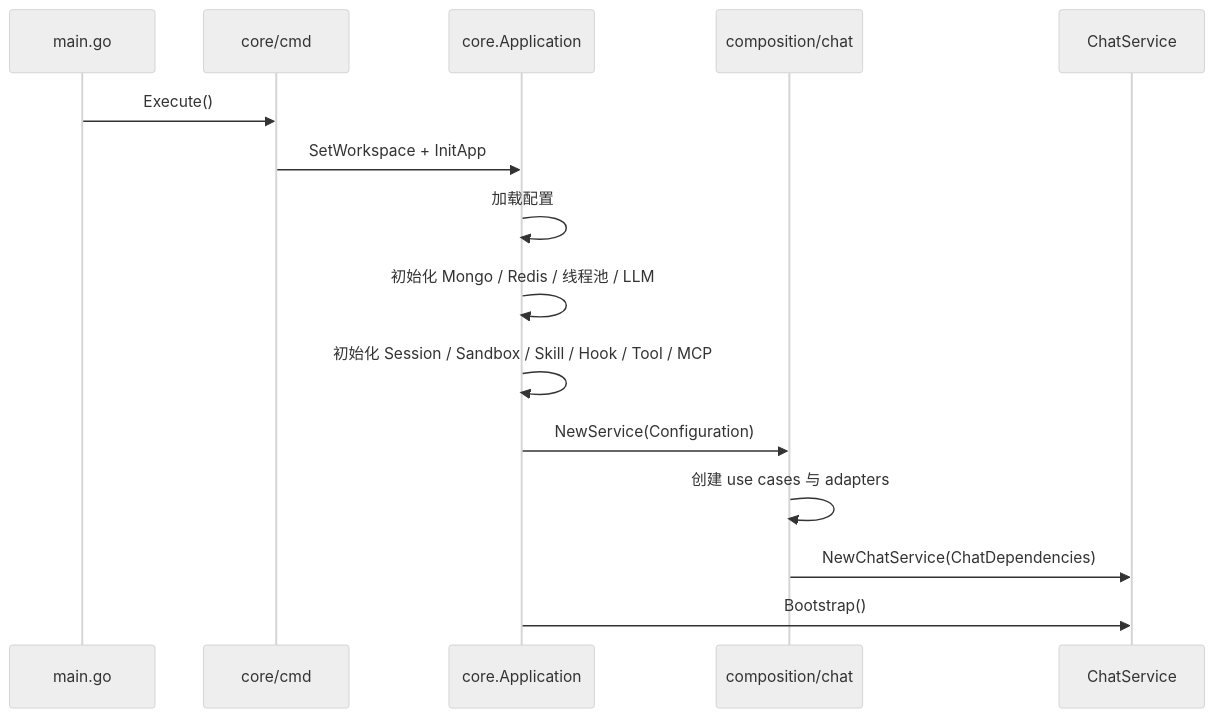
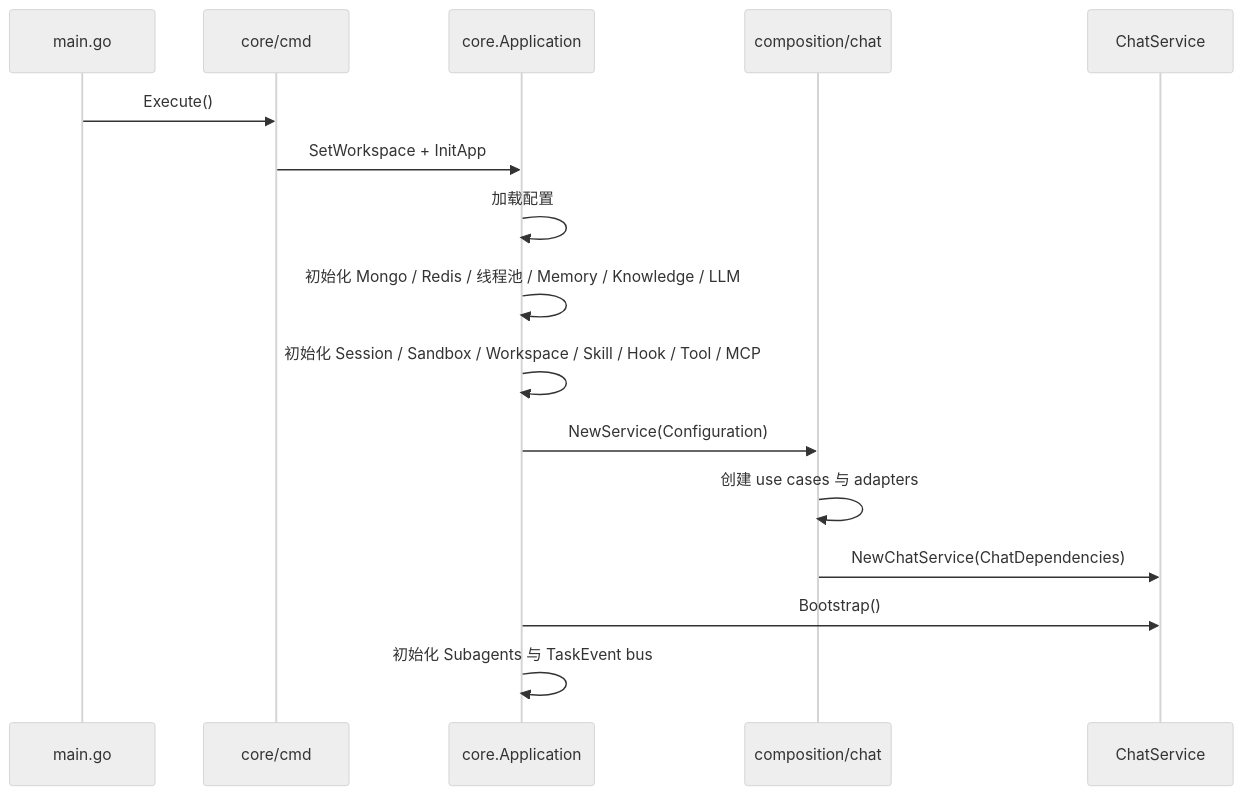
Before and after one commit to yourGaomu/myai: the third of 6 diagrams in PROJECT_ARCHITECTURE_GUIDE.md, drawn with Mermaid (neutral theme). The commit also changed other lines of this file and 63 other files, not shown here.

````diff
--- a/PROJECT_ARCHITECTURE_GUIDE.md
+++ b/PROJECT_ARCHITECTURE_GUIDE.md
@@ -272,18 +275,19 @@
 ```mermaid
 sequenceDiagram
     participant Main as main.go
     participant Cmd as core/cmd
     participant App as core.Application
     participant Comp as composition/chat
     participant Facade as ChatService
 
     Main->>Cmd: Execute()
     Cmd->>App: SetWorkspace + InitApp
     App->>App: 加载配置
-    App->>App: 初始化 Mongo / Redis / 线程池 / LLM
-    App->>App: 初始化 Session / Sandbox / Skill / Hook / Tool / MCP
+    App->>App: 初始化 Mongo / Redis / 线程池 / Memory / Knowledge / LLM
+    App->>App: 初始化 Session / Sandbox / Workspace / Skill / Hook / Tool / MCP
     App->>Comp: NewService(Configuration)
     Comp->>Comp: 创建 use cases 与 adapters
     Comp->>Facade: NewChatService(ChatDependencies)
     App->>Facade: Bootstrap()
+    App->>App: 初始化 Subagents 与 TaskEvent bus
 ```
````
